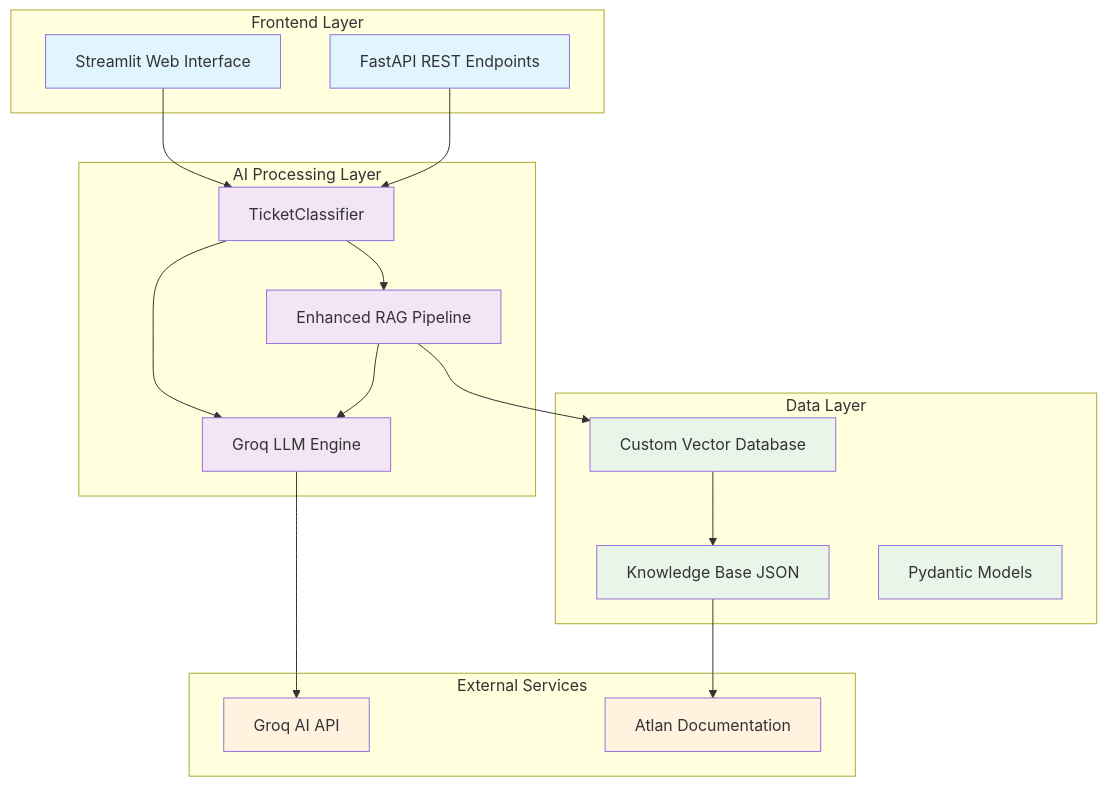
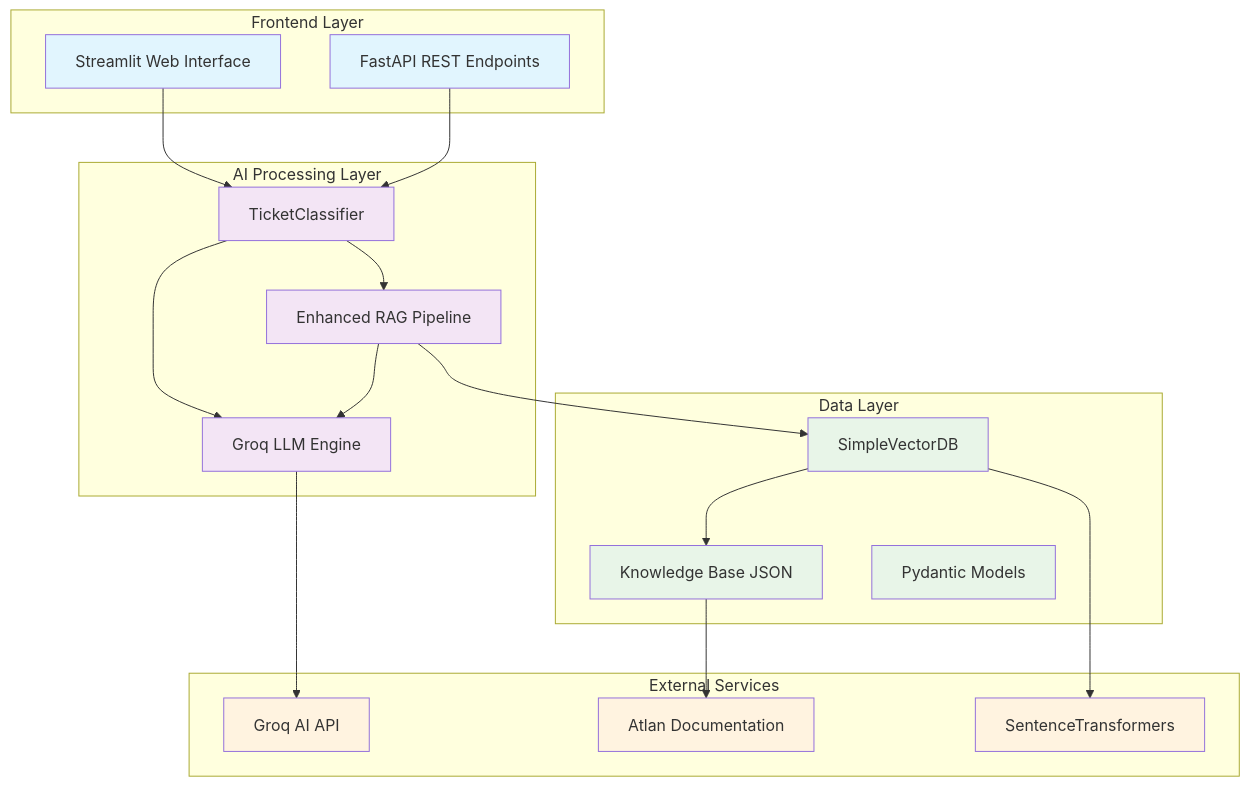
Before and after one commit to ashkunwar/Atlan-Customer-Copilot: the diagram in README.md, drawn with Mermaid. The commit also changed other lines of this file, not shown here.

````diff
--- a/README.md
+++ b/README.md
@@ -16,44 +17,46 @@
 ```mermaid
 graph TB
     subgraph "Frontend Layer"
         UI[Streamlit Web Interface]
         API[FastAPI REST Endpoints]
     end
     
     subgraph "AI Processing Layer"
         TC[TicketClassifier]
         RAG[Enhanced RAG Pipeline]
         LLM[Groq LLM Engine]
     end
     
     subgraph "Data Layer"
-        VDB[Custom Vector Database]
+        VDB[SimpleVectorDB]
         KB[Knowledge Base JSON]
         MODELS[Pydantic Models]
     end
     
     subgraph "External Services"
         GROQ[Groq AI API]
         DOCS[Atlan Documentation]
+        ST[SentenceTransformers]
     end
     
     UI --> TC
     API --> TC
     TC --> LLM
     TC --> RAG
     RAG --> VDB
     RAG --> LLM
     LLM --> GROQ
     VDB --> KB
+    VDB --> ST
     KB --> DOCS
     
     classDef frontend fill:#e1f5fe
     classDef ai fill:#f3e5f5
     classDef data fill:#e8f5e8
     classDef external fill:#fff3e0
     
     class UI,API frontend
     class TC,RAG,LLM ai
     class VDB,KB,MODELS data
-    class GROQ,DOCS external
+    class GROQ,DOCS,ST external
 ```
````
